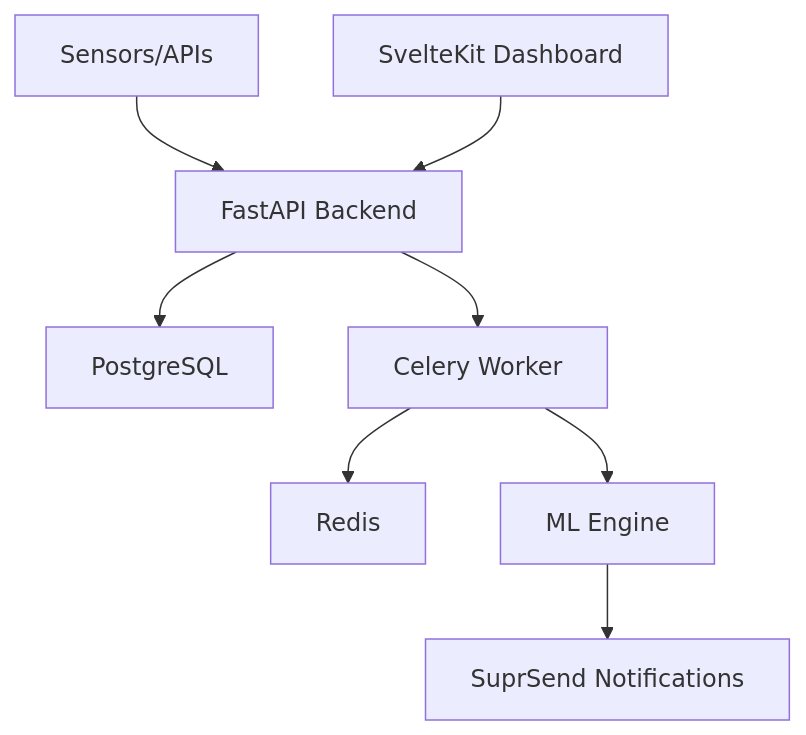
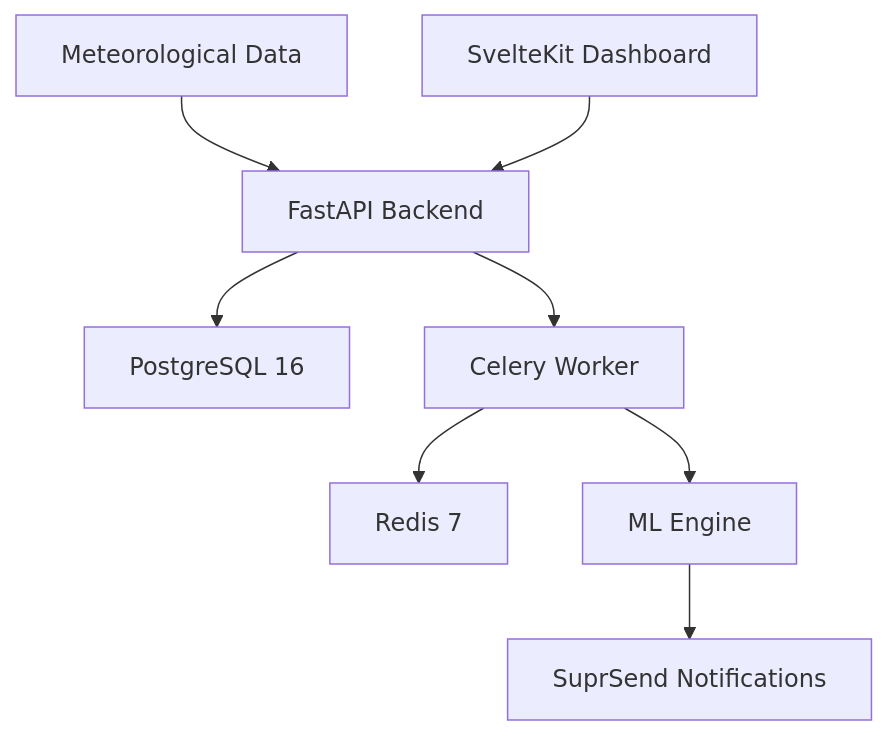
One commit to OckiyaCliff/Otuoke-FloodRisk changed the diagram in README.md. Above: the diagram before and after it, drawn with Mermaid. The commit also changed other lines of this file, not shown here.

````diff
--- a/README.md
+++ b/README.md
@@ -23,10 +19,10 @@
 ```mermaid
 graph TD
-    A[Sensors/APIs] --> B[FastAPI Backend]
-    B --> C[PostgreSQL]
+    A[Meteorological Data] --> B[FastAPI Backend]
+    B --> C[PostgreSQL 16]
     B --> D[Celery Worker]
-    D --> E[Redis]
+    D --> E[Redis 7]
     D --> F[ML Engine]
     F --> G[SuprSend Notifications]
     H[SvelteKit Dashboard] --> B
 ```
````
